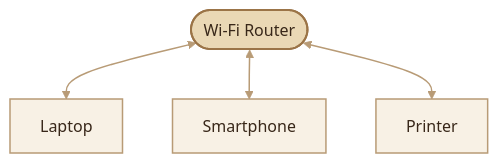
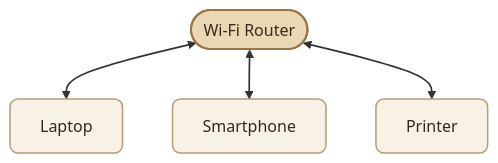
The first of 6 diagrams in content/networking/what-is-a-computer-network.mdx (mustafammasoud/ops-handbook), drawn with Mermaid before and after one commit. The commit also changed other lines of this file and 7 other files, not shown here.

````diff
--- a/content/networking/what-is-a-computer-network.mdx
+++ b/content/networking/what-is-a-computer-network.mdx
@@ -51,19 +53,20 @@
 ```mermaid
 flowchart TB
     R([" Wi-Fi Router"])
     L[" Laptop"]
     P[" Smartphone"]
     S[" Printer"]
 
     R <--> L
     R <--> P
     R <--> S
 
-    classDef router fill:#EAD8B5,stroke:#9B7447,color:#382719,stroke-width:2px
-    classDef device fill:#F8F1E5,stroke:#B89B76,color:#382719,stroke-width:1.5px
+    classDef router fill:#EAD8B5,stroke:#9B7447,color:#382719,stroke-width:2px,rx:8,ry:8
+    classDef device fill:#F8F1E5,stroke:#B89B76,color:#382719,stroke-width:1.5px,rx:8,ry:8
 
     class R router
     class L,P,S device
 
-    linkStyle default stroke:#B89B76,stroke-width:1.5px
+    linkStyle default stroke-width:1.7px
+
 ```
````
